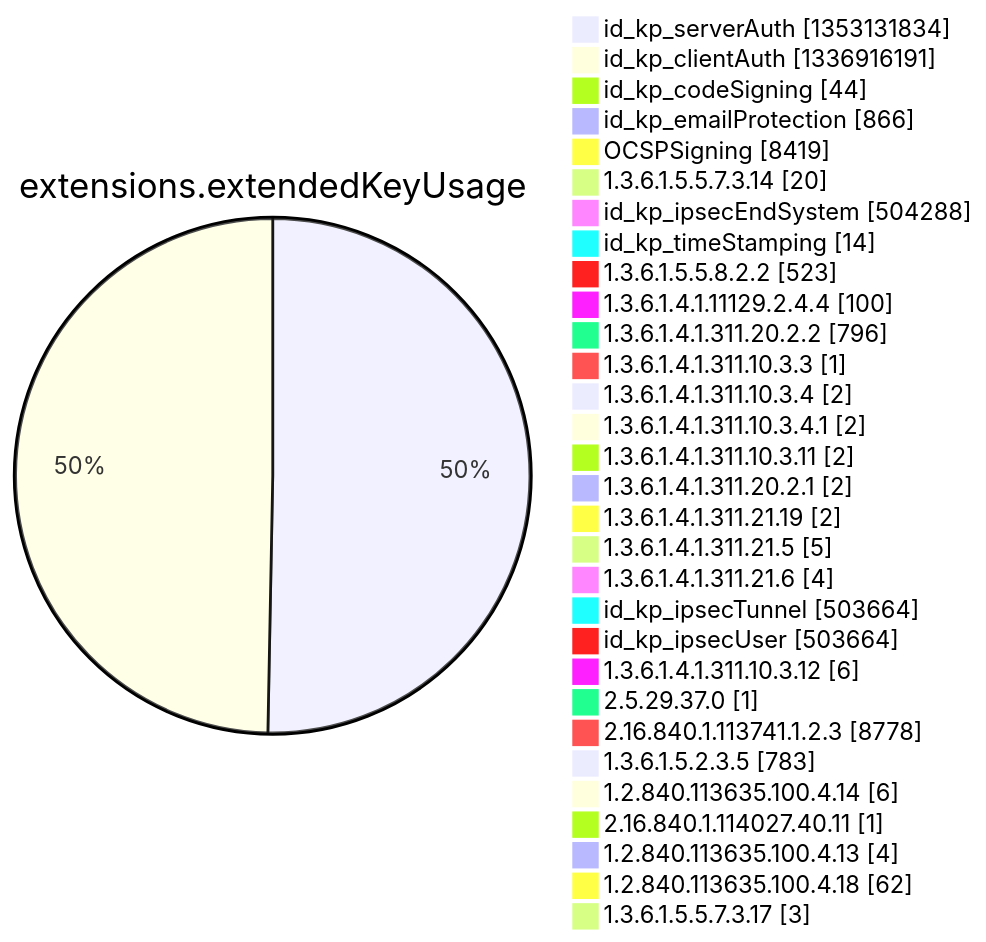
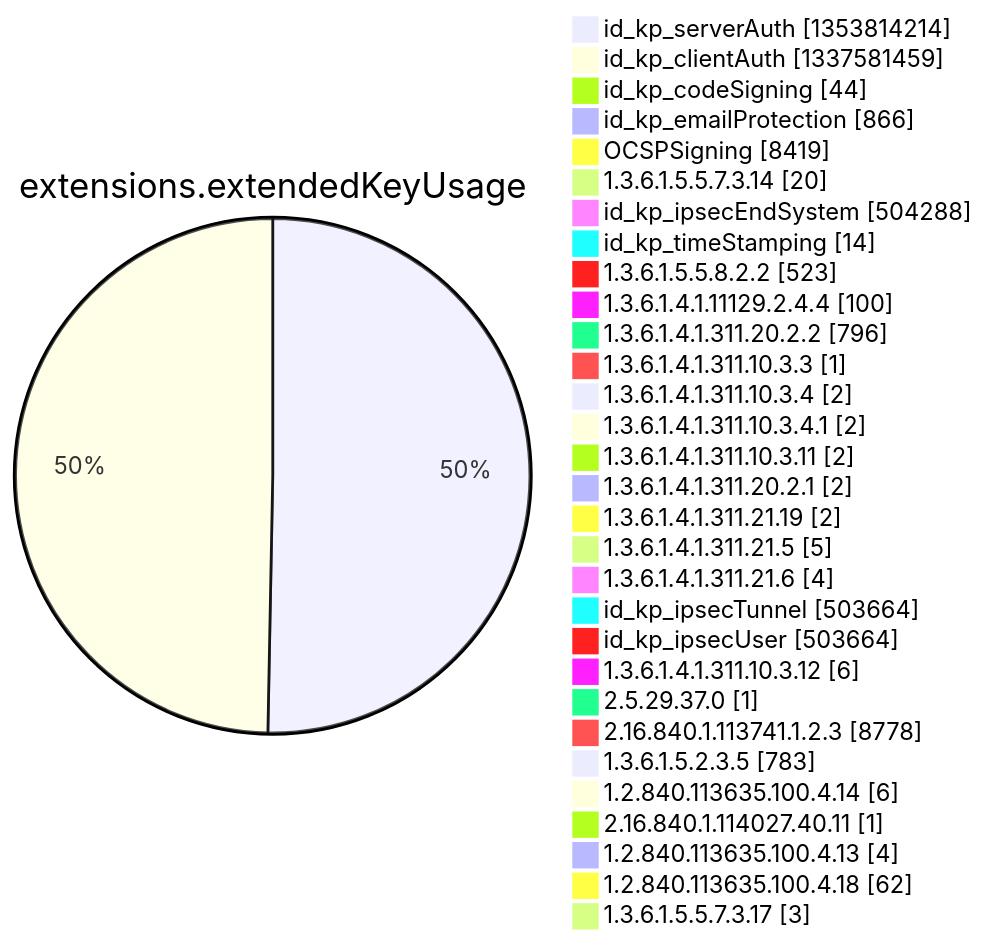
Before and after one commit to christiankrug/ctmonitor_visualization: diagram 12 of 15 in argon2022/README.md, drawn with Mermaid. The commit also changed other lines of this file, not shown here.

````diff
--- a/argon2022/README.md
+++ b/argon2022/README.md
@@ -3553,34 +3553,34 @@
 ```mermaid
 pie showData
 title extensions.extendedKeyUsage
-"id_kp_serverAuth" :1353131834
-"id_kp_clientAuth" :1336916191
+"id_kp_serverAuth" :1353814214
+"id_kp_clientAuth" :1337581459
 "id_kp_codeSigning" :44
 "id_kp_emailProtection" :866
 "OCSPSigning" :8419
 "1.3.6.1.5.5.7.3.14" :20
 "id_kp_ipsecEndSystem" :504288
 "id_kp_timeStamping" :14
 "1.3.6.1.5.5.8.2.2" :523
 "1.3.6.1.4.1.11129.2.4.4" :100
 "1.3.6.1.4.1.311.20.2.2" :796
 "1.3.6.1.4.1.311.10.3.3" :1
 "1.3.6.1.4.1.311.10.3.4" :2
 "1.3.6.1.4.1.311.10.3.4.1" :2
 "1.3.6.1.4.1.311.10.3.11" :2
 "1.3.6.1.4.1.311.20.2.1" :2
 "1.3.6.1.4.1.311.21.19" :2
 "1.3.6.1.4.1.311.21.5" :5
 "1.3.6.1.4.1.311.21.6" :4
 "id_kp_ipsecTunnel" :503664
 "id_kp_ipsecUser" :503664
 "1.3.6.1.4.1.311.10.3.12" :6
 "2.5.29.37.0" :1
 "2.16.840.1.113741.1.2.3" :8778
 "1.3.6.1.5.2.3.5" :783
 "1.2.840.113635.100.4.14" :6
 "2.16.840.1.114027.40.11" :1
 "1.2.840.113635.100.4.13" :4
 "1.2.840.113635.100.4.18" :62
 "1.3.6.1.5.5.7.3.17" :3
 ```
````
